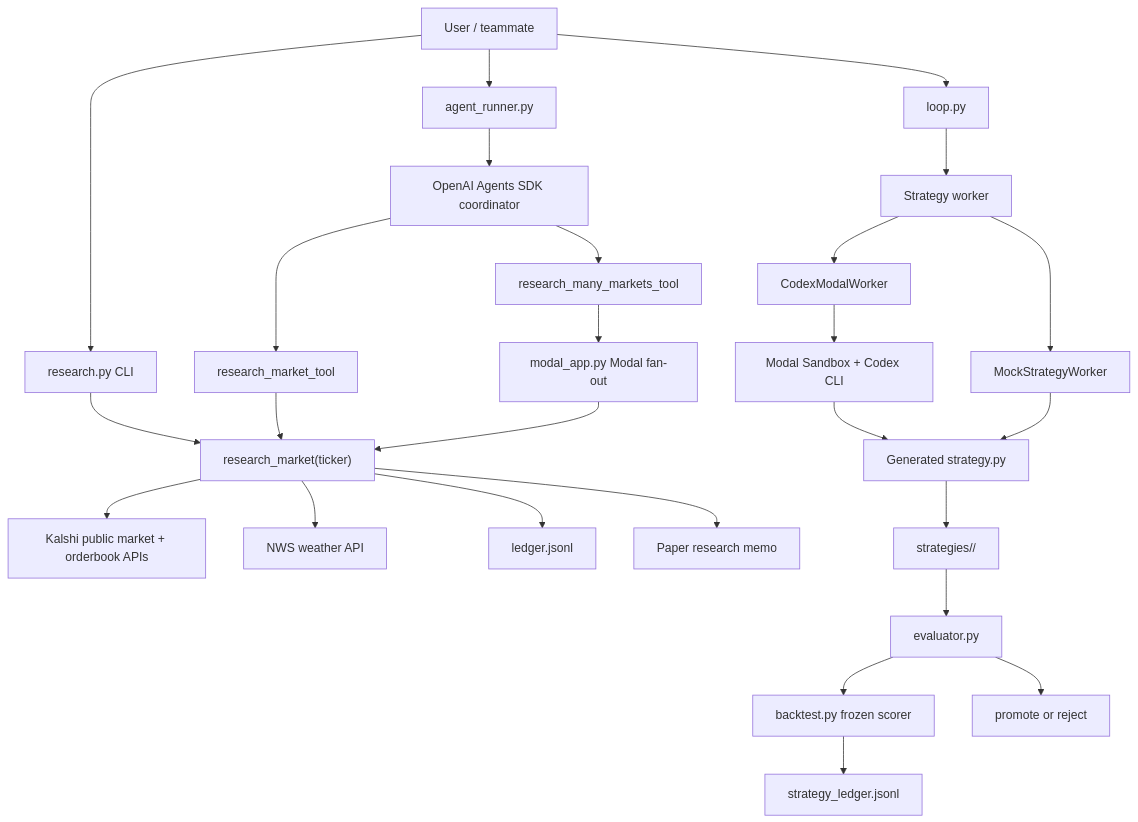
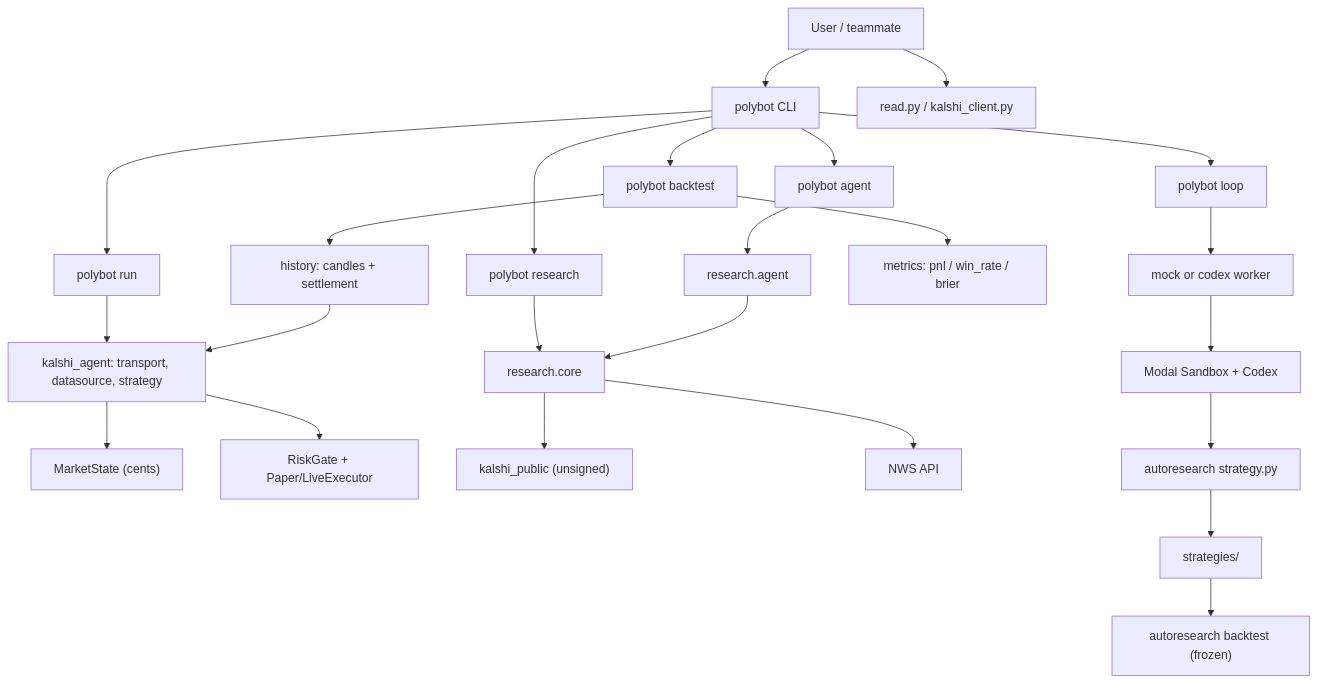
Before and after one commit to Vishnu-Rangiah/polybot: the diagram in README.md, drawn with Mermaid. The commit also changed other lines of this file and 80 other files, not shown here.

````diff
--- a/README.md
+++ b/README.md
@@ -9,32 +26,31 @@
 ```mermaid
 flowchart TD
-    User["User / teammate"] --> CLI["research.py CLI"]
-    User --> AgentRunner["agent_runner.py"]
-    User --> Loop["loop.py"]
+    User["User / teammate"] --> CLI["polybot CLI"]
+    User --> ReadShim["read.py / kalshi_client.py"]
 
-    CLI --> ResearchCore["research_market(ticker)"]
-    AgentRunner --> OpenAIAgent["OpenAI Agents SDK coordinator"]
-    OpenAIAgent --> ResearchTool["research_market_tool"]
-    OpenAIAgent --> ManyResearchTool["research_many_markets_tool"]
-    ResearchTool --> ResearchCore
-    ManyResearchTool --> ModalWeather["modal_app.py Modal fan-out"]
-    ModalWeather --> ResearchCore
+    CLI --> PackageDemo["polybot run"]
+    CLI --> Research["polybot research"]
+    CLI --> Agent["polybot agent"]
+    CLI --> HistoricalBacktest["polybot backtest"]
+    CLI --> Loop["polybot loop"]
 
-    ResearchCore --> KalshiPublic["Kalshi public market + orderbook APIs"]
-    ResearchCore --> NWS["NWS weather API"]
-    ResearchCore --> Ledger["ledger.jsonl"]
-    ResearchCore --> Memo["Paper research memo"]
+    PackageDemo --> PackageRuntime["kalshi_agent: transport, datasource, strategy"]
+    PackageRuntime --> NormalizedState["MarketState (cents)"]
+    PackageRuntime --> RiskExecutor["RiskGate + Paper/LiveExecutor"]
 
-    Loop --> WorkerChoice["Strategy worker"]
-    WorkerChoice --> MockWorker["MockStrategyWorker"]
-    WorkerChoice --> CodexWorker["CodexModalWorker"]
-    CodexWorker --> ModalSandbox["Modal Sandbox + Codex CLI"]
-    ModalSandbox --> CandidateStrategy["Generated strategy.py"]
-    MockWorker --> CandidateStrategy
+    Research --> ResearchCore["research.core"]
+    Agent --> OpenAIAgent["research.agent"]
+    OpenAIAgent --> ResearchCore
+    ResearchCore --> KalshiPublic["kalshi_public (unsigned)"]
+    ResearchCore --> NWS["NWS API"]
 
-    CandidateStrategy --> Registry["strategies/<strategy_id>/"]
-    Registry --> Evaluator["evaluator.py"]
-    Evaluator --> Backtest["backtest.py frozen scorer"]
-    Backtest --> StrategyLedger["strategy_ledger.jsonl"]
-    Evaluator --> Promotion["promote or reject"]
+    HistoricalBacktest --> History["history: candles + settlement"]
+    History --> PackageRuntime
+    HistoricalBacktest --> Metrics["metrics: pnl / win_rate / brier"]
+
+    Loop --> WorkerChoice["mock or codex worker"]
+    WorkerChoice --> ModalSandbox["Modal Sandbox + Codex"]
+    ModalSandbox --> CandidateStrategy["autoresearch strategy.py"]
+    CandidateStrategy --> Registry["strategies/"]
+    Registry --> Backtest["autoresearch backtest (frozen)"]
 ```
````
